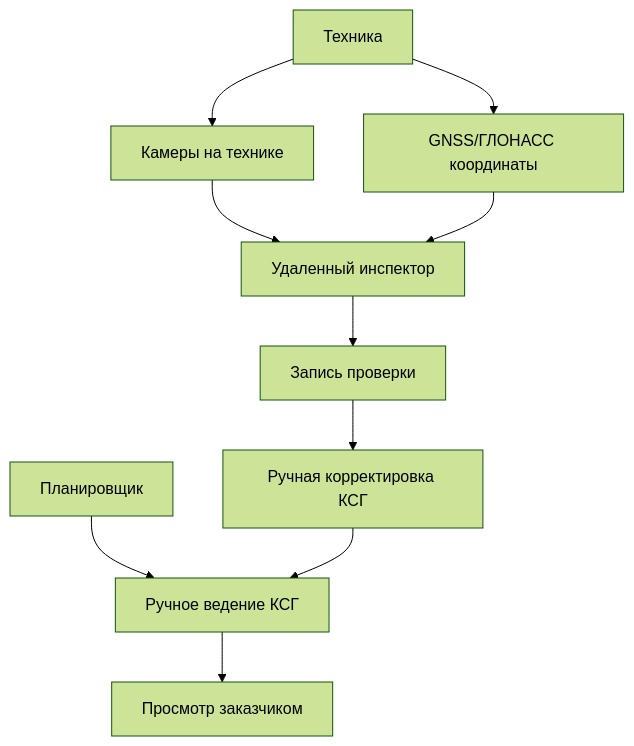
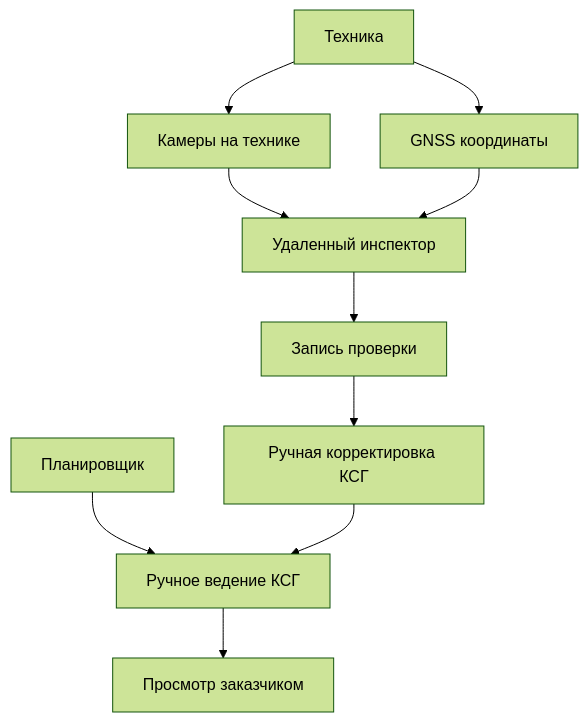
One commit to s21dlemanskiy/course-work changed the diagram in 03-требования.md. Above: the diagram before and after it, drawn with Mermaid (forest theme). The commit also changed other lines of this file and 13 other files, not shown here.

````diff
--- a/03-требования.md
+++ b/03-требования.md
@@ -45,12 +45,12 @@
 ```mermaid
 flowchart TD
     Planner[Планировщик] --> KSG[Ручное ведение КСГ]
-    Equipment[Техника] --> Coordinates[GNSS/ГЛОНАСС координаты]
+    Equipment[Техника] --> Coordinates[GNSS координаты]
     Equipment --> Cameras[Камеры на технике]
     Cameras --> RemoteInspector[Удаленный инспектор]
     Coordinates --> RemoteInspector
     RemoteInspector --> Inspection[Запись проверки]
     Inspection --> ManualUpdate[Ручная корректировка КСГ]
     ManualUpdate --> KSG
     KSG --> Dashboard[Просмотр заказчиком]
 ```
````
